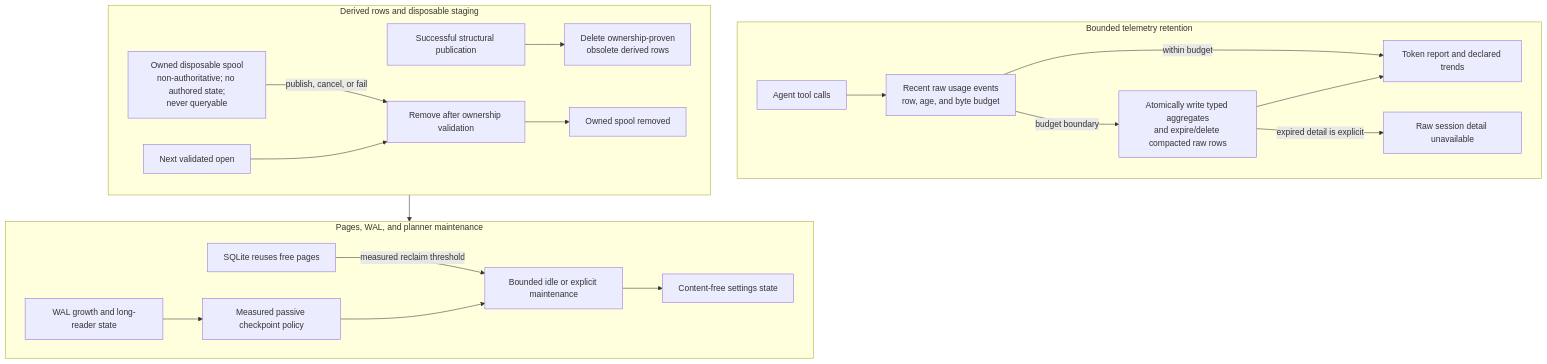
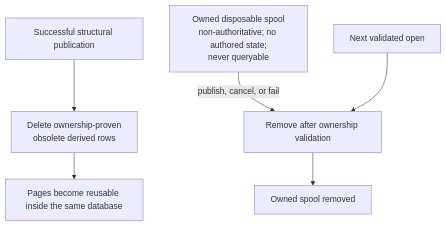
Before and after one commit to styler-ai/ProjectAtlas: diagram 11 of 12 in docs/projectatlas-3-architecture.md, drawn with Mermaid. The commit also changed other lines of this file and 14 other files, not shown here.

````diff
--- a/docs/projectatlas-3-architecture.md
+++ b/docs/projectatlas-3-architecture.md
@@ -784,27 +894,8 @@
 ```mermaid
 flowchart TB
-    subgraph TelemetryLifecycle[Bounded telemetry retention]
-        direction LR
-        Calls[Agent tool calls] --> Raw[Recent raw usage events<br/>row, age, and byte budget]
-        Raw -->|within budget| Report[Token report and declared trends]
-        Raw -->|budget boundary| Rollup[Atomically write typed aggregates<br/>and expire/delete compacted raw rows]
-        Rollup --> Report
-        Rollup -->|expired detail is explicit| Detail[Raw session detail unavailable]
-    end
-
-    subgraph PagesAndWal[Pages, WAL, and planner maintenance]
-        direction LR
-        Reuse[SQLite reuses free pages]
-        WAL[WAL growth and long-reader state] --> Checkpoint[Measured passive checkpoint policy]
-        Reuse -->|measured reclaim threshold| Maintenance[Bounded idle or explicit maintenance]
-        Checkpoint --> Maintenance --> State[Content-free settings state]
-    end
-
-    subgraph DerivedAndStaging[Derived rows and disposable staging]
-        direction LR
-        Publish[Successful structural publication] --> Obsolete[Delete ownership-proven<br/>obsolete derived rows]
-        Obsolete --> Reuse
-        Spill[Owned disposable spool<br/>non-authoritative; no authored state;<br/>never queryable] -->|publish, cancel, or fail| Cleanup[Remove after ownership validation]
-        Restart[Next validated open] --> Cleanup --> Removed[Owned spool removed]
-    end
+    Publish[Successful structural publication] --> Obsolete[Delete ownership-proven<br/>obsolete derived rows]
+    Obsolete --> Reuse[Pages become reusable inside the same database]
+    Spill[Owned disposable spool<br/>non-authoritative; no authored state;<br/>never queryable] -->|publish, cancel, or fail| Cleanup[Remove after ownership validation]
+    Restart[Next validated open] --> Cleanup
+    Cleanup --> Removed[Owned spool removed]
 ```
````
